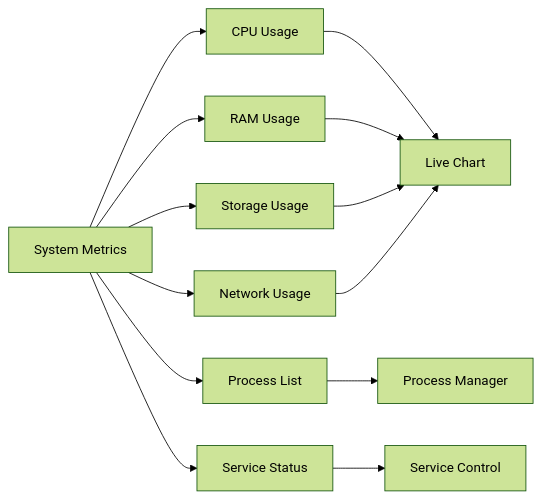
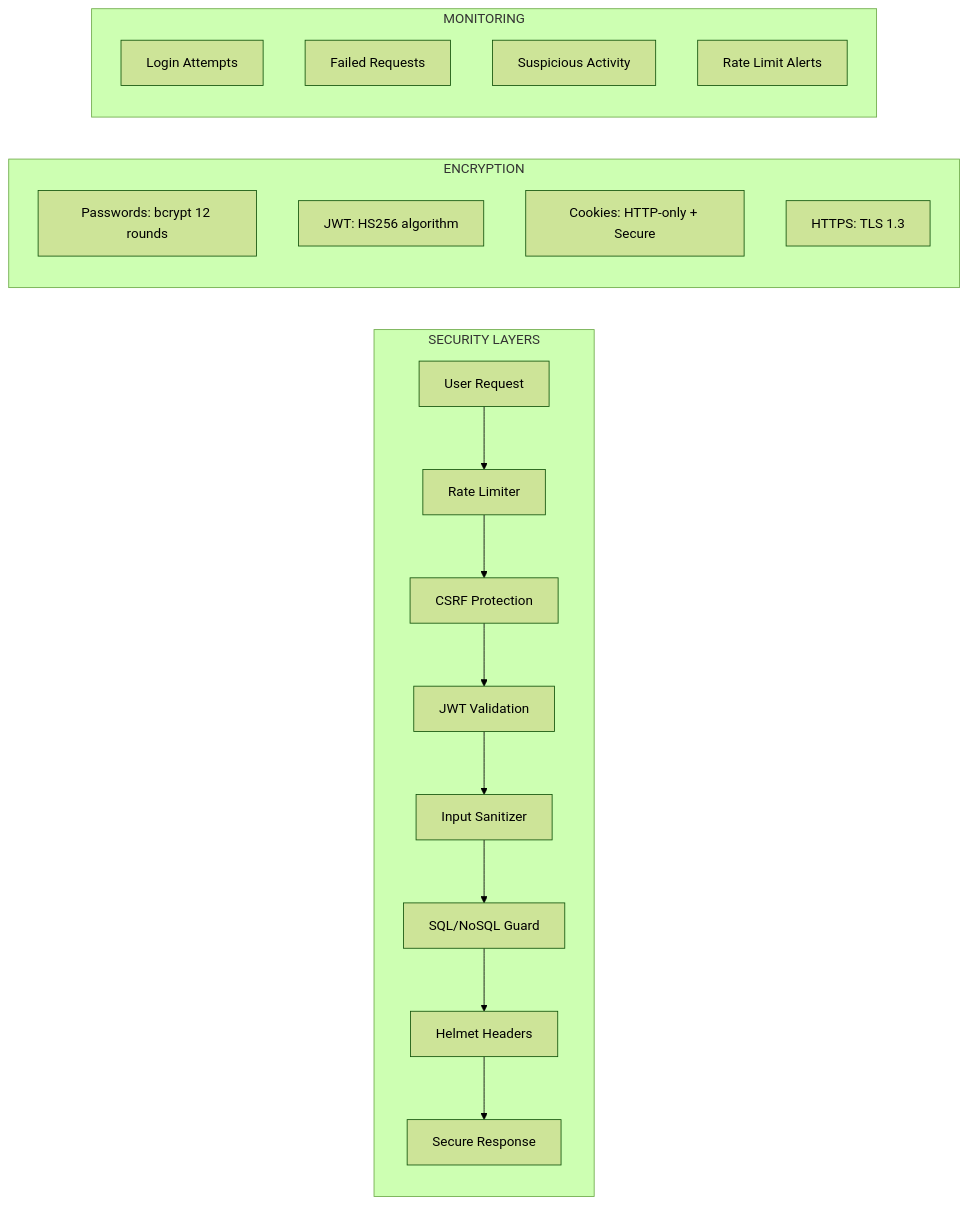
The fourth of 4 diagrams in README.md (awaiscybergang/AWAIS-CYBER-VPS), drawn with Mermaid (forest theme) before and after one commit. The commit also changed other lines of this file, not shown here.

````diff
--- a/README.md
+++ b/README.md
@@ -309,16 +689,26 @@
 ```mermaid
 graph LR
-    A[System Metrics] --> B[CPU Usage]
-    A --> C[RAM Usage]
-    A --> D[Storage Usage]
-    A --> E[Network Usage]
-    A --> F[Process List]
-    A --> G[Service Status]
+    subgraph "SECURITY LAYERS"
+        A[User Request] --> B[Rate Limiter]
+        B --> C[CSRF Protection]
+        C --> D[JWT Validation]
+        D --> E[Input Sanitizer]
+        E --> F[SQL/NoSQL Guard]
+        F --> G[Helmet Headers]
+        G --> H[Secure Response]
+    end
     
-    B --> H[Live Chart]
-    C --> H
-    D --> H
-    E --> H
-    F --> I[Process Manager]
-    G --> J[Service Control]
+    subgraph "ENCRYPTION"
+        I[Passwords: bcrypt 12 rounds]
+        J[JWT: HS256 algorithm]
+        K[Cookies: HTTP-only + Secure]
+        L[HTTPS: TLS 1.3]
+    end
+    
+    subgraph "MONITORING"
+        M[Login Attempts]
+        N[Failed Requests]
+        O[Suspicious Activity]
+        P[Rate Limit Alerts]
+    end
 ```
````
